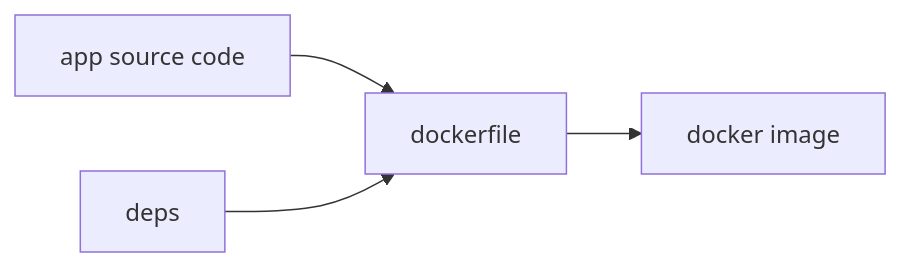
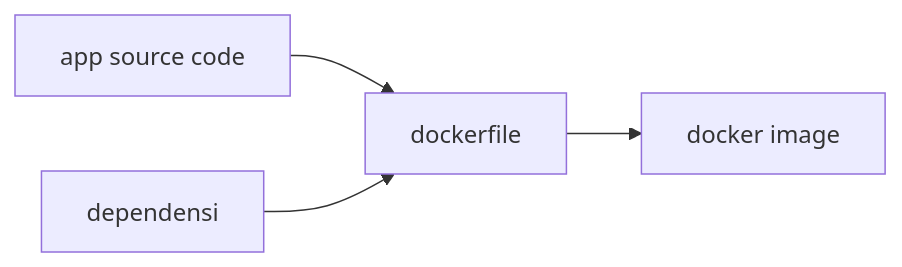
Before and after one commit to amirul-git/The-7-days-of-devops: the fourth of 7 diagrams in README.md, drawn with Mermaid. The commit also changed other lines of this file, not shown here.

Commit message:
Use mermaid for diagram and image only for illustration

````diff
--- a/README.md
+++ b/README.md
@@ -191,6 +209,6 @@
 ```mermaid
 graph LR
 A[app source code]-->C
-B[deps]-->C
+B[dependensi]-->C
 C[dockerfile]-->D[docker image]
 ```
````
